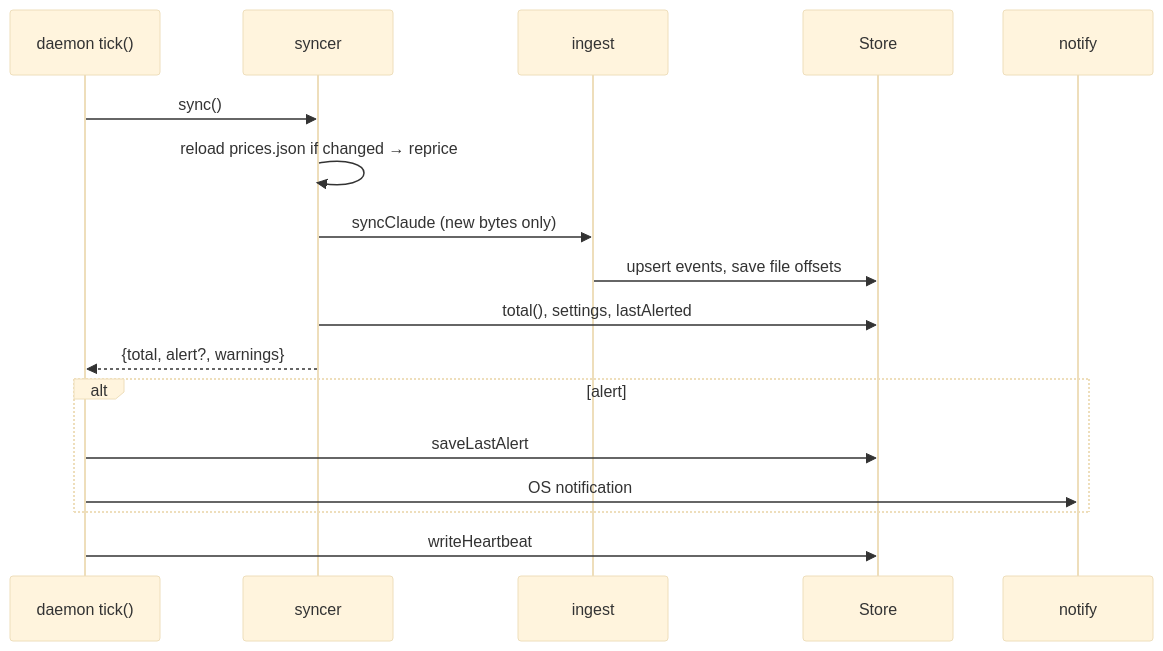
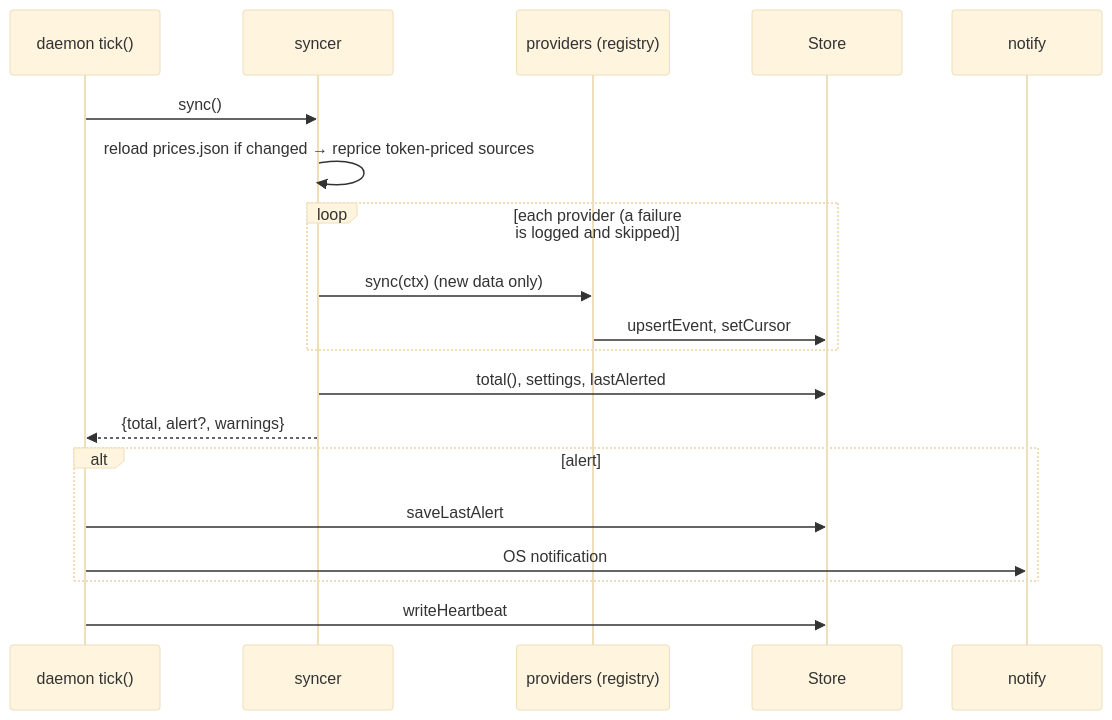
Before and after one commit to KevinRebakure/BeAware: the first of 5 diagrams in docs/developer/flows.md, drawn with Mermaid (base theme). The commit also changed other lines of this file and 15 other files, not shown here.

````diff
--- a/docs/developer/flows.md
+++ b/docs/developer/flows.md
@@ -4,19 +4,21 @@
 ```mermaid
 sequenceDiagram
   participant D as daemon tick()
   participant Sy as syncer
-  participant I as ingest
+  participant P as providers (registry)
   participant St as Store
   participant N as notify
   D->>Sy: sync()
-  Sy->>Sy: reload prices.json if changed → reprice
-  Sy->>I: syncClaude (new bytes only)
-  I->>St: upsert events, save file offsets
+  Sy->>Sy: reload prices.json if changed → reprice token-priced sources
+  loop each provider (a failure is logged and skipped)
+    Sy->>P: sync(ctx) (new data only)
+    P->>St: upsertEvent, setCursor
+  end
   Sy->>St: total(), settings, lastAlerted
   Sy-->>D: {total, alert?, warnings}
   alt alert
     D->>St: saveLastAlert
     D->>N: OS notification
   end
   D->>St: writeHeartbeat
 ```
````
